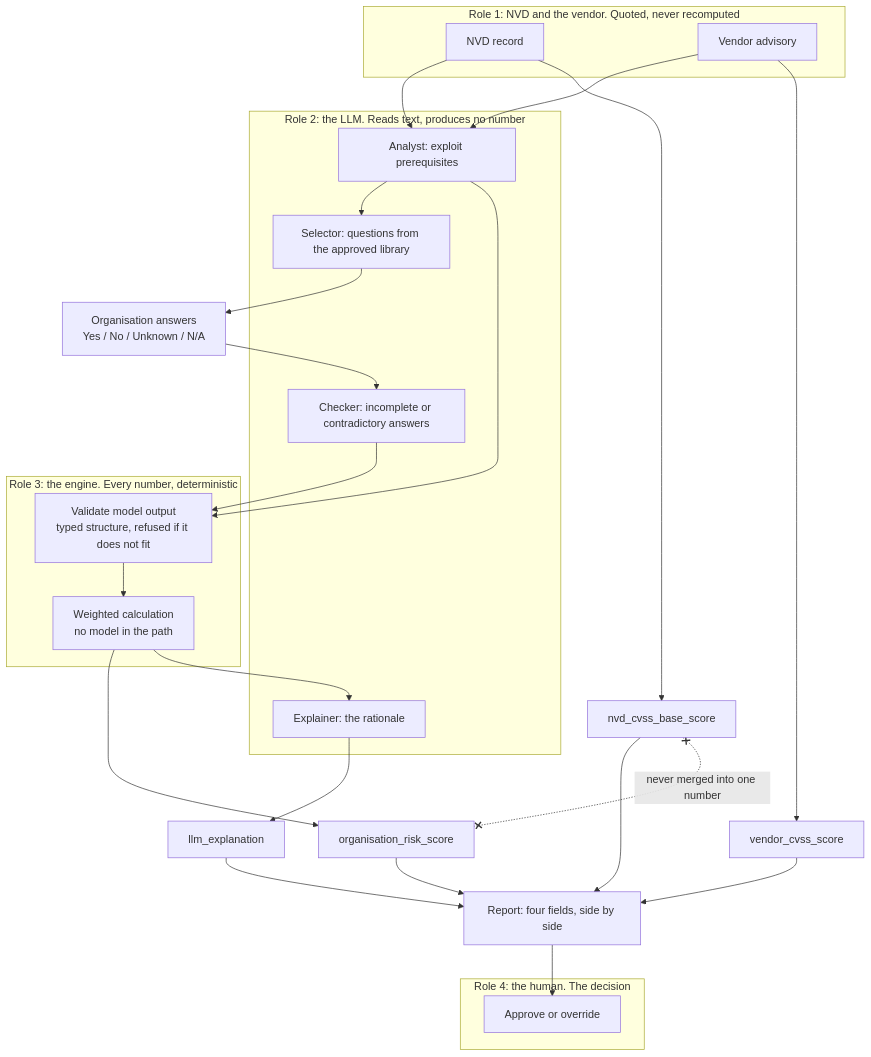
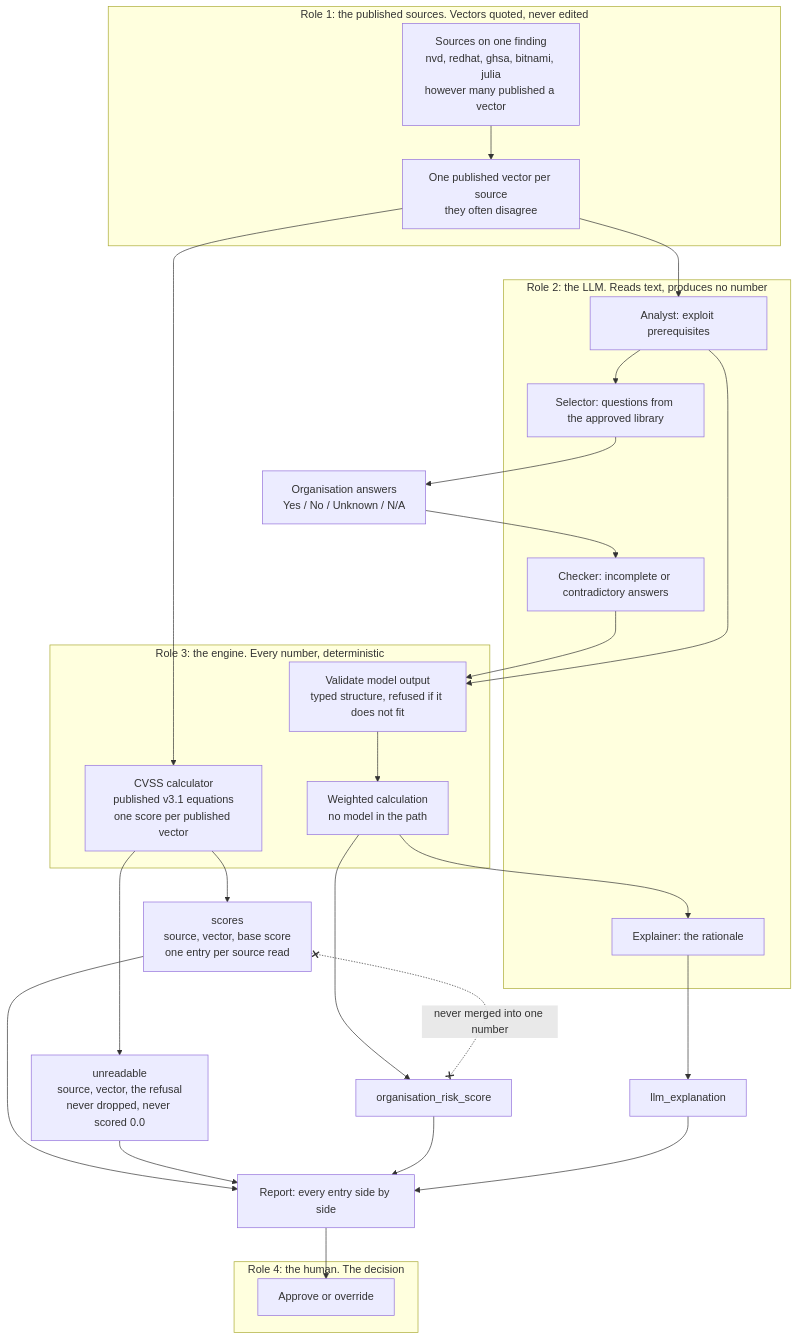
The second of 5 diagrams in docs/diagrams.md (heinthtnaung/AgenticLLMAppAuditor), drawn with Mermaid before and after one commit. The commit also changed other lines of this file and 1 other file, not shown here.

Commit message:
Record every source's published score, not two fields

````diff
--- a/docs/diagrams.md
+++ b/docs/diagrams.md
@@ -71,44 +71,46 @@
 ```mermaid
 flowchart TD
-    subgraph QUOTED["Role 1: NVD and the vendor. Quoted, never recomputed"]
-        nvd["NVD record"]
-        ven["Vendor advisory"]
+    subgraph QUOTED["Role 1: the published sources. Vectors quoted, never edited"]
+        srcs["Sources on one finding<br/>nvd, redhat, ghsa, bitnami, julia<br/>however many published a vector"]
+        pv["One published vector per source<br/>they often disagree"]
+        srcs --> pv
     end
 
     subgraph MODEL["Role 2: the LLM. Reads text, produces no number"]
         anl["Analyst: exploit prerequisites"]
         sel["Selector: questions from the approved library"]
         chk["Checker: incomplete or contradictory answers"]
         exl["Explainer: the rationale"]
     end
 
     subgraph ENGINE["Role 3: the engine. Every number, deterministic"]
+        cvs["CVSS calculator<br/>published v3.1 equations<br/>one score per published vector"]
         val["Validate model output<br/>typed structure, refused if it does not fit"]
         cal["Weighted calculation<br/>no model in the path"]
     end
 
     subgraph HUMAN["Role 4: the human. The decision"]
         dec["Approve or override"]
     end
 
-    nvd --> anl
-    ven --> anl
+    pv --> anl
+    pv --> cvs
+    cvs --> f1["scores<br/>source, vector, base score<br/>one entry per source read"]
+    cvs --> f2["unreadable<br/>source, vector, the refusal<br/>never dropped, never scored 0.0"]
     anl --> sel
     sel --> ans["Organisation answers<br/>Yes / No / Unknown / N/A"]
     ans --> chk
     chk --> val
     anl --> val
     val --> cal
     cal --> f3["organisation_risk_score"]
     cal --> exl
     exl --> f4["llm_explanation"]
-    nvd --> f1["nvd_cvss_base_score"]
-    ven --> f2["vendor_cvss_score"]
-    f1 --> out["Report: four fields, side by side"]
+    f1 --> out["Report: every entry side by side"]
     f2 --> out
     f3 --> out
     f4 --> out
     out --> dec
 
     f1 x-. "never merged into one number" .-x f3
 ```
````
